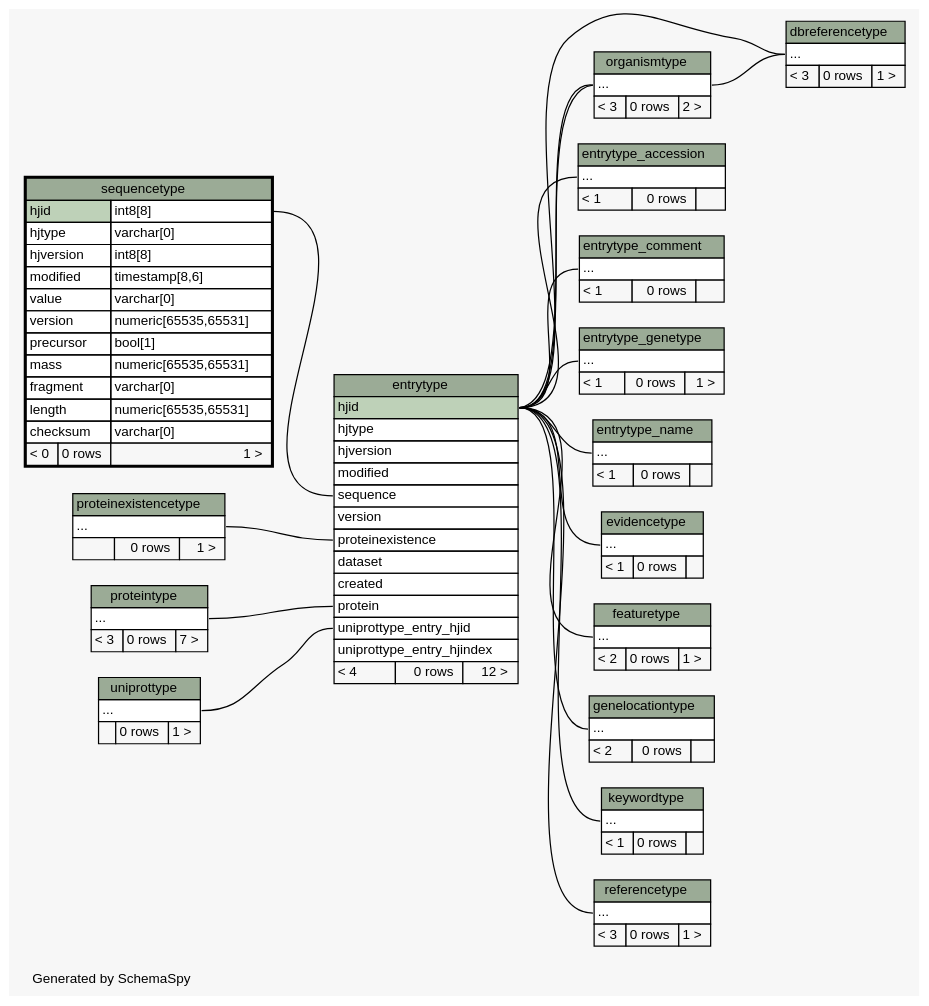
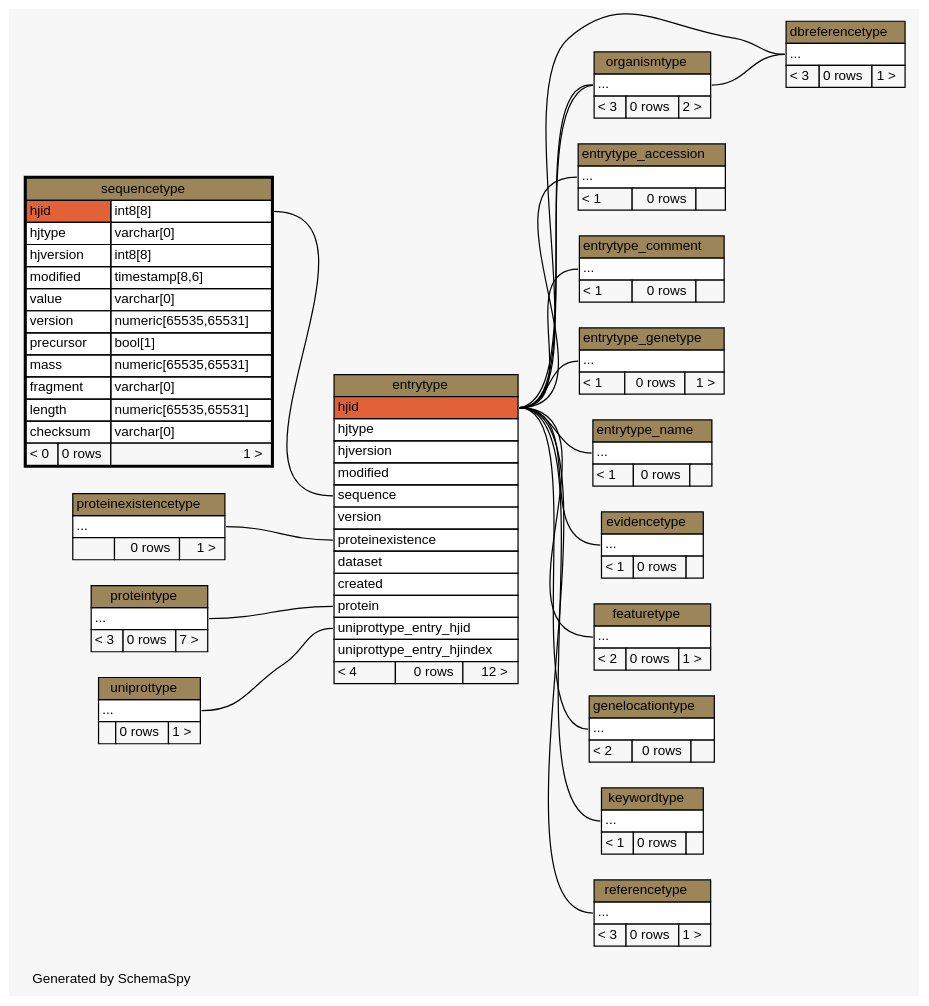
The diagram in site/docs/schemaspy/uniprotdb/diagrams/sequencetype.2degrees.dot (lmu-bioinformatics/xmlpipedb), drawn with Graphviz before and after one commit. The commit also changed 1111 other files, not shown here.

```diff
--- a/site/docs/schemaspy/uniprotdb/diagrams/sequencetype.2degrees.dot
+++ b/site/docs/schemaspy/uniprotdb/diagrams/sequencetype.2degrees.dot
@@ -39,7 +39,7 @@
   "dbreferencetype" [
     label=<
     <TABLE BORDER="0" CELLBORDER="1" CELLSPACING="0" BGCOLOR="#ffffff">
-      <TR><TD COLSPAN="3" BGCOLOR="#9bab96" ALIGN="CENTER">dbreferencetype</TD></TR>
+      <TR><TD COLSPAN="3" BGCOLOR="#9b8559" ALIGN="CENTER">dbreferencetype</TD></TR>
       <TR><TD PORT="elipses" COLSPAN="3" ALIGN="LEFT">...</TD></TR>
       <TR><TD ALIGN="LEFT" BGCOLOR="#f7f7f7">&lt; 3</TD><TD ALIGN="RIGHT" BGCOLOR="#f7f7f7">0 rows</TD><TD ALIGN="RIGHT" BGCOLOR="#f7f7f7">1 &gt;</TD></TR>
     </TABLE>>
@@ -49,8 +49,8 @@
   "entrytype" [
     label=<
     <TABLE BORDER="0" CELLBORDER="1" CELLSPACING="0" BGCOLOR="#ffffff">
-      <TR><TD COLSPAN="3" BGCOLOR="#9bab96" ALIGN="CENTER">entrytype</TD></TR>
-      <TR><TD PORT="hjid" COLSPAN="3" BGCOLOR="#bed1b8" ALIGN="LEFT">hjid</TD></TR>
+      <TR><TD COLSPAN="3" BGCOLOR="#9b8559" ALIGN="CENTER">entrytype</TD></TR>
+      <TR><TD PORT="hjid" COLSPAN="3" BGCOLOR="#e16239" ALIGN="LEFT">hjid</TD></TR>
       <TR><TD PORT="hjtype" COLSPAN="3" ALIGN="LEFT">hjtype</TD></TR>
       <TR><TD PORT="hjversion" COLSPAN="3" ALIGN="LEFT">hjversion</TD></TR>
       <TR><TD PORT="modified" COLSPAN="3" ALIGN="LEFT">modified</TD></TR>
@@ -70,7 +70,7 @@
   "entrytype_accession" [
     label=<
     <TABLE BORDER="0" CELLBORDER="1" CELLSPACING="0" BGCOLOR="#ffffff">
-      <TR><TD COLSPAN="3" BGCOLOR="#9bab96" ALIGN="CENTER">entrytype_accession</TD></TR>
+      <TR><TD COLSPAN="3" BGCOLOR="#9b8559" ALIGN="CENTER">entrytype_accession</TD></TR>
       <TR><TD PORT="elipses" COLSPAN="3" ALIGN="LEFT">...</TD></TR>
       <TR><TD ALIGN="LEFT" BGCOLOR="#f7f7f7">&lt; 1</TD><TD ALIGN="RIGHT" BGCOLOR="#f7f7f7">0 rows</TD><TD ALIGN="RIGHT" BGCOLOR="#f7f7f7">  </TD></TR>
     </TABLE>>
@@ -80,7 +80,7 @@
   "entrytype_comment" [
     label=<
     <TABLE BORDER="0" CELLBORDER="1" CELLSPACING="0" BGCOLOR="#ffffff">
-      <TR><TD COLSPAN="3" BGCOLOR="#9bab96" ALIGN="CENTER">entrytype_comment</TD></TR>
+      <TR><TD COLSPAN="3" BGCOLOR="#9b8559" ALIGN="CENTER">entrytype_comment</TD></TR>
       <TR><TD PORT="elipses" COLSPAN="3" ALIGN="LEFT">...</TD></TR>
       <TR><TD ALIGN="LEFT" BGCOLOR="#f7f7f7">&lt; 1</TD><TD ALIGN="RIGHT" BGCOLOR="#f7f7f7">0 rows</TD><TD ALIGN="RIGHT" BGCOLOR="#f7f7f7">  </TD></TR>
     </TABLE>>
@@ -90,7 +90,7 @@
   "entrytype_genetype" [
     label=<
     <TABLE BORDER="0" CELLBORDER="1" CELLSPACING="0" BGCOLOR="#ffffff">
-      <TR><TD COLSPAN="3" BGCOLOR="#9bab96" ALIGN="CENTER">entrytype_genetype</TD></TR>
+      <TR><TD COLSPAN="3" BGCOLOR="#9b8559" ALIGN="CENTER">entrytype_genetype</TD></TR>
       <TR><TD PORT="elipses" COLSPAN="3" ALIGN="LEFT">...</TD></TR>
       <TR><TD ALIGN="LEFT" BGCOLOR="#f7f7f7">&lt; 1</TD><TD ALIGN="RIGHT" BGCOLOR="#f7f7f7">0 rows</TD><TD ALIGN="RIGHT" BGCOLOR="#f7f7f7">1 &gt;</TD></TR>
     </TABLE>>
@@ -100,7 +100,7 @@
   "entrytype_name" [
     label=<
     <TABLE BORDER="0" CELLBORDER="1" CELLSPACING="0" BGCOLOR="#ffffff">
-      <TR><TD COLSPAN="3" BGCOLOR="#9bab96" ALIGN="CENTER">entrytype_name</TD></TR>
+      <TR><TD COLSPAN="3" BGCOLOR="#9b8559" ALIGN="CENTER">entrytype_name</TD></TR>
       <TR><TD PORT="elipses" COLSPAN="3" ALIGN="LEFT">...</TD></TR>
       <TR><TD ALIGN="LEFT" BGCOLOR="#f7f7f7">&lt; 1</TD><TD ALIGN="RIGHT" BGCOLOR="#f7f7f7">0 rows</TD><TD ALIGN="RIGHT" BGCOLOR="#f7f7f7">  </TD></TR>
     </TABLE>>
@@ -110,7 +110,7 @@
   "evidencetype" [
     label=<
     <TABLE BORDER="0" CELLBORDER="1" CELLSPACING="0" BGCOLOR="#ffffff">
-      <TR><TD COLSPAN="3" BGCOLOR="#9bab96" ALIGN="CENTER">evidencetype</TD></TR>
+      <TR><TD COLSPAN="3" BGCOLOR="#9b8559" ALIGN="CENTER">evidencetype</TD></TR>
       <TR><TD PORT="elipses" COLSPAN="3" ALIGN="LEFT">...</TD></TR>
       <TR><TD ALIGN="LEFT" BGCOLOR="#f7f7f7">&lt; 1</TD><TD ALIGN="RIGHT" BGCOLOR="#f7f7f7">0 rows</TD><TD ALIGN="RIGHT" BGCOLOR="#f7f7f7">  </TD></TR>
     </TABLE>>
@@ -120,7 +120,7 @@
   "featuretype" [
     label=<
     <TABLE BORDER="0" CELLBORDER="1" CELLSPACING="0" BGCOLOR="#ffffff">
-      <TR><TD COLSPAN="3" BGCOLOR="#9bab96" ALIGN="CENTER">featuretype</TD></TR>
+      <TR><TD COLSPAN="3" BGCOLOR="#9b8559" ALIGN="CENTER">featuretype</TD></TR>
       <TR><TD PORT="elipses" COLSPAN="3" ALIGN="LEFT">...</TD></TR>
       <TR><TD ALIGN="LEFT" BGCOLOR="#f7f7f7">&lt; 2</TD><TD ALIGN="RIGHT" BGCOLOR="#f7f7f7">0 rows</TD><TD ALIGN="RIGHT" BGCOLOR="#f7f7f7">1 &gt;</TD></TR>
     </TABLE>>
@@ -130,7 +130,7 @@
   "genelocationtype" [
     label=<
     <TABLE BORDER="0" CELLBORDER="1" CELLSPACING="0" BGCOLOR="#ffffff">
-      <TR><TD COLSPAN="3" BGCOLOR="#9bab96" ALIGN="CENTER">genelocationtype</TD></TR>
+      <TR><TD COLSPAN="3" BGCOLOR="#9b8559" ALIGN="CENTER">genelocationtype</TD></TR>
       <TR><TD PORT="elipses" COLSPAN="3" ALIGN="LEFT">...</TD></TR>
       <TR><TD ALIGN="LEFT" BGCOLOR="#f7f7f7">&lt; 2</TD><TD ALIGN="RIGHT" BGCOLOR="#f7f7f7">0 rows</TD><TD ALIGN="RIGHT" BGCOLOR="#f7f7f7">  </TD></TR>
     </TABLE>>
@@ -140,7 +140,7 @@
   "keywordtype" [
     label=<
     <TABLE BORDER="0" CELLBORDER="1" CELLSPACING="0" BGCOLOR="#ffffff">
-      <TR><TD COLSPAN="3" BGCOLOR="#9bab96" ALIGN="CENTER">keywordtype</TD></TR>
+      <TR><TD COLSPAN="3" BGCOLOR="#9b8559" ALIGN="CENTER">keywordtype</TD></TR>
       <TR><TD PORT="elipses" COLSPAN="3" ALIGN="LEFT">...</TD></TR>
       <TR><TD ALIGN="LEFT" BGCOLOR="#f7f7f7">&lt; 1</TD><TD ALIGN="RIGHT" BGCOLOR="#f7f7f7">0 rows</TD><TD ALIGN="RIGHT" BGCOLOR="#f7f7f7">  </TD></TR>
     </TABLE>>
@@ -150,7 +150,7 @@
   "organismtype" [
     label=<
     <TABLE BORDER="0" CELLBORDER="1" CELLSPACING="0" BGCOLOR="#ffffff">
-      <TR><TD COLSPAN="3" BGCOLOR="#9bab96" ALIGN="CENTER">organismtype</TD></TR>
+      <TR><TD COLSPAN="3" BGCOLOR="#9b8559" ALIGN="CENTER">organismtype</TD></TR>
       <TR><TD PORT="elipses" COLSPAN="3" ALIGN="LEFT">...</TD></TR>
       <TR><TD ALIGN="LEFT" BGCOLOR="#f7f7f7">&lt; 3</TD><TD ALIGN="RIGHT" BGCOLOR="#f7f7f7">0 rows</TD><TD ALIGN="RIGHT" BGCOLOR="#f7f7f7">2 &gt;</TD></TR>
     </TABLE>>
@@ -160,7 +160,7 @@
   "proteinexistencetype" [
     label=<
     <TABLE BORDER="0" CELLBORDER="1" CELLSPACING="0" BGCOLOR="#ffffff">
-      <TR><TD COLSPAN="3" BGCOLOR="#9bab96" ALIGN="CENTER">proteinexistencetype</TD></TR>
+      <TR><TD COLSPAN="3" BGCOLOR="#9b8559" ALIGN="CENTER">proteinexistencetype</TD></TR>
       <TR><TD PORT="elipses" COLSPAN="3" ALIGN="LEFT">...</TD></TR>
       <TR><TD ALIGN="LEFT" BGCOLOR="#f7f7f7">  </TD><TD ALIGN="RIGHT" BGCOLOR="#f7f7f7">0 rows</TD><TD ALIGN="RIGHT" BGCOLOR="#f7f7f7">1 &gt;</TD></TR>
     </TABLE>>
@@ -170,7 +170,7 @@
   "proteintype" [
     label=<
     <TABLE BORDER="0" CELLBORDER="1" CELLSPACING="0" BGCOLOR="#ffffff">
-      <TR><TD COLSPAN="3" BGCOLOR="#9bab96" ALIGN="CENTER">proteintype</TD></TR>
+      <TR><TD COLSPAN="3" BGCOLOR="#9b8559" ALIGN="CENTER">proteintype</TD></TR>
       <TR><TD PORT="elipses" COLSPAN="3" ALIGN="LEFT">...</TD></TR>
       <TR><TD ALIGN="LEFT" BGCOLOR="#f7f7f7">&lt; 3</TD><TD ALIGN="RIGHT" BGCOLOR="#f7f7f7">0 rows</TD><TD ALIGN="RIGHT" BGCOLOR="#f7f7f7">7 &gt;</TD></TR>
     </TABLE>>
@@ -180,7 +180,7 @@
   "referencetype" [
     label=<
     <TABLE BORDER="0" CELLBORDER="1" CELLSPACING="0" BGCOLOR="#ffffff">
-      <TR><TD COLSPAN="3" BGCOLOR="#9bab96" ALIGN="CENTER">referencetype</TD></TR>
+      <TR><TD COLSPAN="3" BGCOLOR="#9b8559" ALIGN="CENTER">referencetype</TD></TR>
       <TR><TD PORT="elipses" COLSPAN="3" ALIGN="LEFT">...</TD></TR>
       <TR><TD ALIGN="LEFT" BGCOLOR="#f7f7f7">&lt; 3</TD><TD ALIGN="RIGHT" BGCOLOR="#f7f7f7">0 rows</TD><TD ALIGN="RIGHT" BGCOLOR="#f7f7f7">1 &gt;</TD></TR>
     </TABLE>>
@@ -190,8 +190,8 @@
   "sequencetype" [
     label=<
     <TABLE BORDER="2" CELLBORDER="1" CELLSPACING="0" BGCOLOR="#ffffff">
-      <TR><TD COLSPAN="3" BGCOLOR="#9bab96" ALIGN="CENTER">sequencetype</TD></TR>
-      <TR><TD PORT="hjid" COLSPAN="2" BGCOLOR="#bed1b8" ALIGN="LEFT">hjid</TD><TD PORT="hjid.type" ALIGN="LEFT">int8[8]</TD></TR>
+      <TR><TD COLSPAN="3" BGCOLOR="#9b8559" ALIGN="CENTER">sequencetype</TD></TR>
+      <TR><TD PORT="hjid" COLSPAN="2" BGCOLOR="#e16239" ALIGN="LEFT">hjid</TD><TD PORT="hjid.type" ALIGN="LEFT">int8[8]</TD></TR>
       <TR><TD PORT="hjtype" COLSPAN="2" ALIGN="LEFT">hjtype</TD><TD PORT="hjtype.type" ALIGN="LEFT">varchar[0]</TD></TR>
       <TR><TD PORT="hjversion" COLSPAN="2" ALIGN="LEFT">hjversion</TD><TD PORT="hjversion.type" ALIGN="LEFT">int8[8]</TD></TR>
       <TR><TD PORT="modified" COLSPAN="2" ALIGN="LEFT">modified</TD><TD PORT="modified.type" ALIGN="LEFT">timestamp[8,6]</TD></TR>
@@ -210,7 +210,7 @@
   "uniprottype" [
     label=<
     <TABLE BORDER="0" CELLBORDER="1" CELLSPACING="0" BGCOLOR="#ffffff">
-      <TR><TD COLSPAN="3" BGCOLOR="#9bab96" ALIGN="CENTER">uniprottype</TD></TR>
+      <TR><TD COLSPAN="3" BGCOLOR="#9b8559" ALIGN="CENTER">uniprottype</TD></TR>
       <TR><TD PORT="elipses" COLSPAN="3" ALIGN="LEFT">...</TD></TR>
       <TR><TD ALIGN="LEFT" BGCOLOR="#f7f7f7">  </TD><TD ALIGN="RIGHT" BGCOLOR="#f7f7f7">0 rows</TD><TD ALIGN="RIGHT" BGCOLOR="#f7f7f7">1 &gt;</TD></TR>
     </TABLE>>
```
